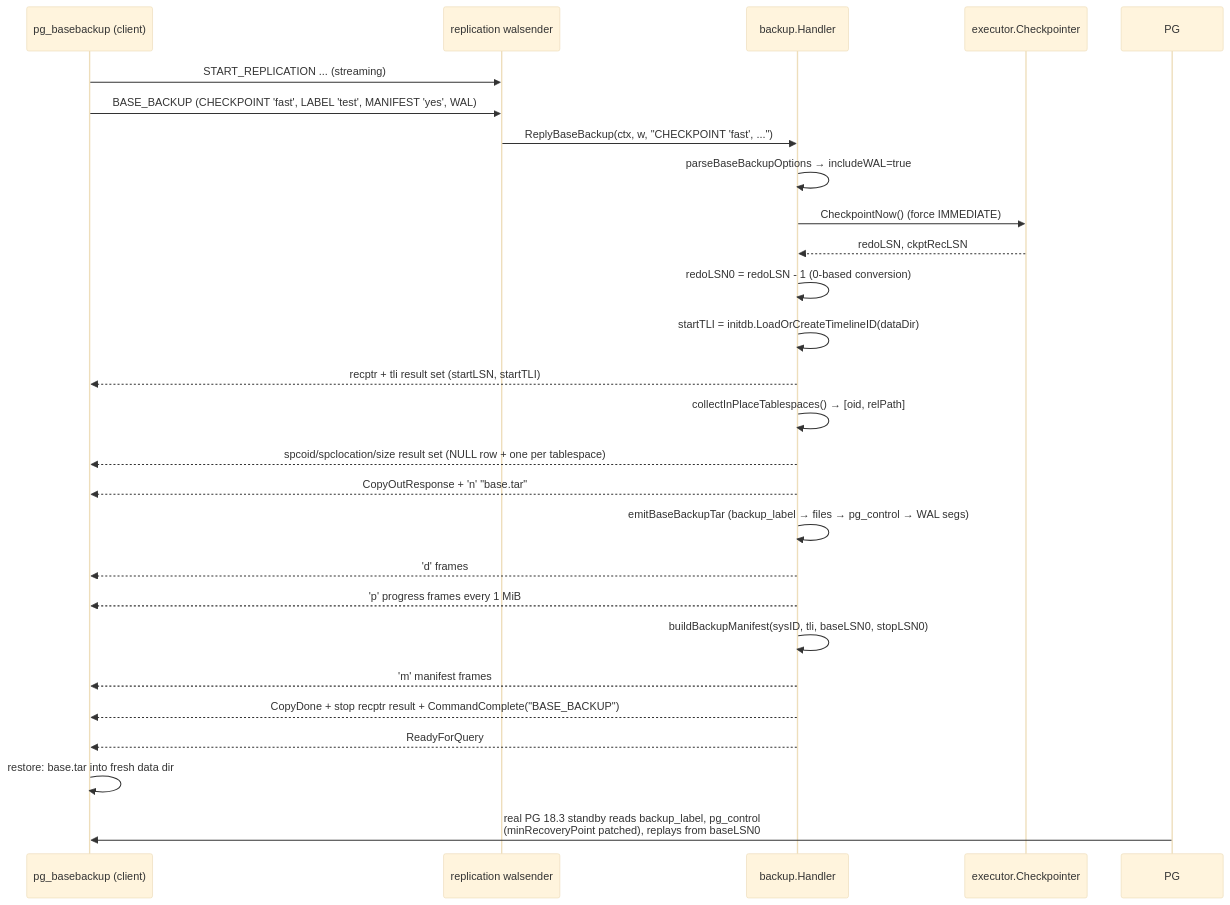
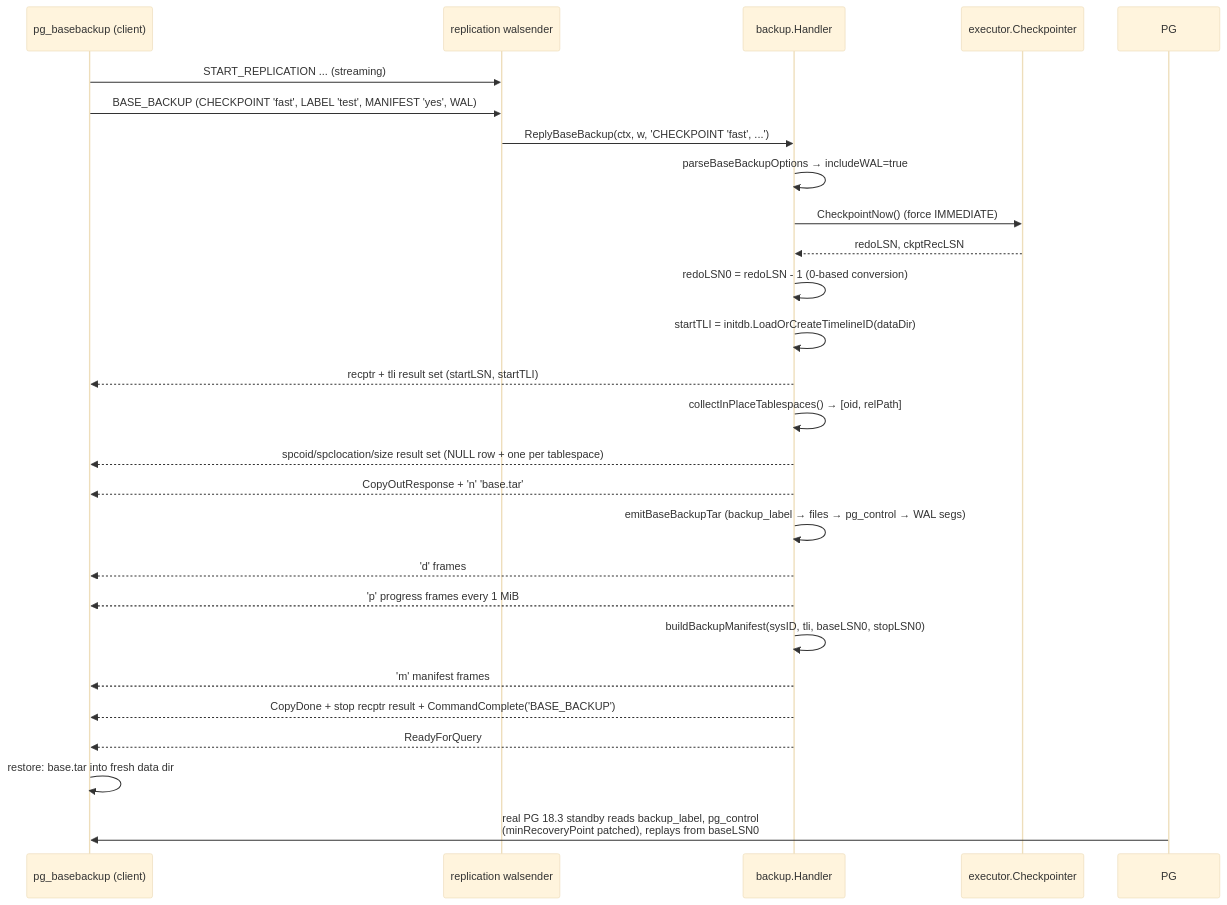
The fourth of 5 diagrams in docs/wiki/modules/backup.md (ryogrid/goopg), drawn with Mermaid (base theme) before and after one commit. The commit also changed other lines of this file and 24 other files, not shown here.

Commit message:
docs(wiki): fix mermaid syntax errors — reserve keyword LINK, flow chart parens, seq msg quotes/semicolons — M-NIGHTLY

````diff
--- a/docs/wiki/modules/backup.md
+++ b/docs/wiki/modules/backup.md
@@ -204,29 +204,29 @@
 ```mermaid
 sequenceDiagram
     participant PB as pg_basebackup (client)
     participant WS as replication walsender
     participant BH as backup.Handler
     participant CK as executor.Checkpointer
 
     PB->>WS: START_REPLICATION ... (streaming)
     PB->>WS: BASE_BACKUP (CHECKPOINT 'fast', LABEL 'test', MANIFEST 'yes', WAL)
-    WS->>BH: ReplyBaseBackup(ctx, w, "CHECKPOINT 'fast', ...")
+WS->>BH: ReplyBaseBackup(ctx, w, 'CHECKPOINT 'fast', ...')
     BH->>BH: parseBaseBackupOptions → includeWAL=true
     BH->>CK: CheckpointNow() (force IMMEDIATE)
     CK-->>BH: redoLSN, ckptRecLSN
     BH->>BH: redoLSN0 = redoLSN - 1 (0-based conversion)
     BH->>BH: startTLI = initdb.LoadOrCreateTimelineID(dataDir)
     BH-->>PB: recptr + tli result set (startLSN, startTLI)
     BH->>BH: collectInPlaceTablespaces() → [oid, relPath]
     BH-->>PB: spcoid/spclocation/size result set (NULL row + one per tablespace)
-    BH-->>PB: CopyOutResponse + 'n' "base.tar"
+BH-->>PB: CopyOutResponse + 'n' 'base.tar'
     BH->>BH: emitBaseBackupTar (backup_label → files → pg_control → WAL segs)
     BH-->>PB: 'd' frames
     BH-->>PB: 'p' progress frames every 1 MiB
     BH->>BH: buildBackupManifest(sysID, tli, baseLSN0, stopLSN0)
     BH-->>PB: 'm' manifest frames
-    BH-->>PB: CopyDone + stop recptr result + CommandComplete("BASE_BACKUP")
+BH-->>PB: CopyDone + stop recptr result + CommandComplete('BASE_BACKUP')
     BH-->>PB: ReadyForQuery
     PB->>PB: restore: base.tar into fresh data dir
     PG->>PB: real PG 18.3 standby reads backup_label, pg_control<br/>(minRecoveryPoint patched), replays from baseLSN0
 ```
````
